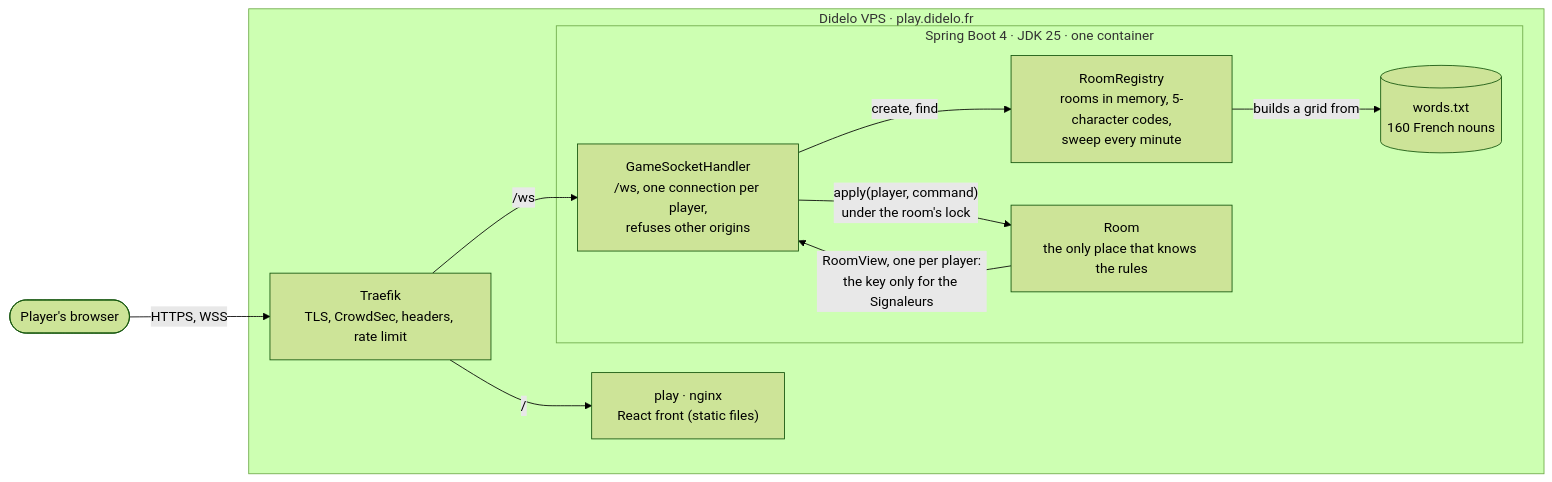
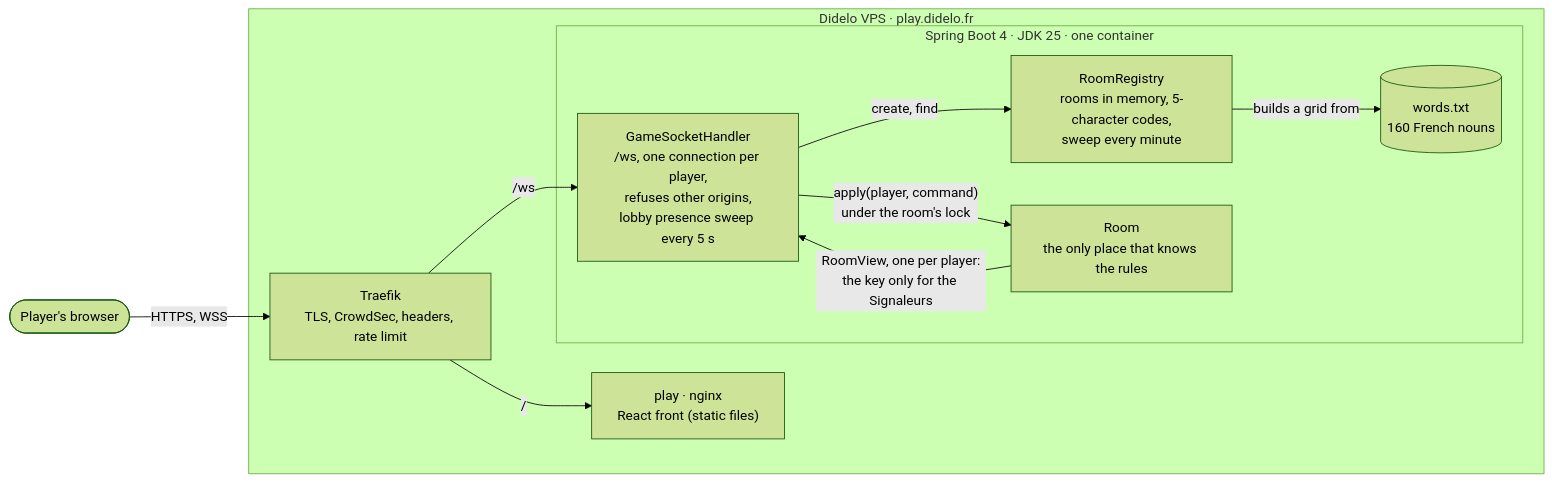
One commit to Didelo-lilian/semaphore changed the first of 3 diagrams in README.md. Above: the diagram before and after it, drawn with Mermaid (forest theme). The commit also changed other lines of this file and 21 other files, not shown here.

````diff
--- a/README.md
+++ b/README.md
@@ -33,23 +33,23 @@
 ```mermaid
 flowchart LR
   player([Player's browser])
 
   subgraph vps["Didelo VPS · play.didelo.fr"]
     traefik["Traefik<br/>TLS, CrowdSec, headers, rate limit"]
     front["play · nginx<br/>React front (static files)"]
     subgraph app["Spring Boot 4 · JDK 25 · one container"]
-      handler["GameSocketHandler<br/>/ws, one connection per player,<br/>refuses other origins"]
+      handler["GameSocketHandler<br/>/ws, one connection per player,<br/>refuses other origins,<br/>lobby presence sweep every 5 s"]
       registry["RoomRegistry<br/>rooms in memory, 5-character codes,<br/>sweep every minute"]
       room["Room<br/>the only place that knows the rules"]
       words[("words.txt<br/>160 French nouns")]
     end
   end
 
   player -->|"HTTPS, WSS"| traefik
   traefik -->|"/"| front
   traefik -->|"/ws"| handler
   handler -->|"create, find"| registry
   registry -->|"builds a grid from"| words
   handler -->|"apply(player, command)<br/>under the room's lock"| room
   room -->|"RoomView, one per player:<br/>the key only for the Signaleurs"| handler
 ```
````
